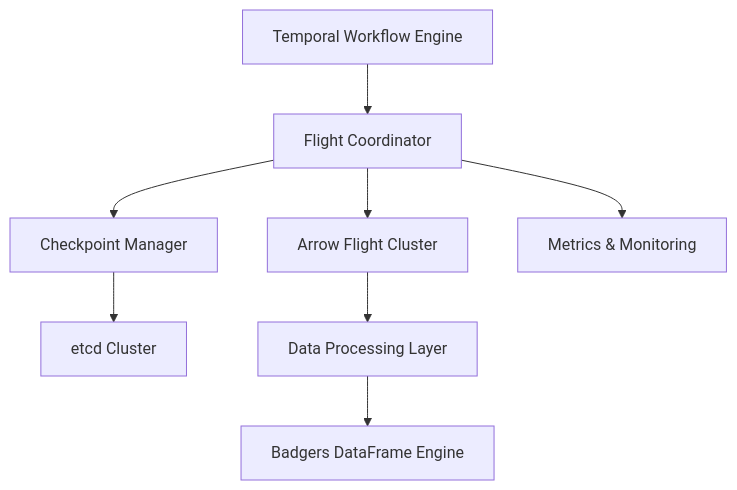
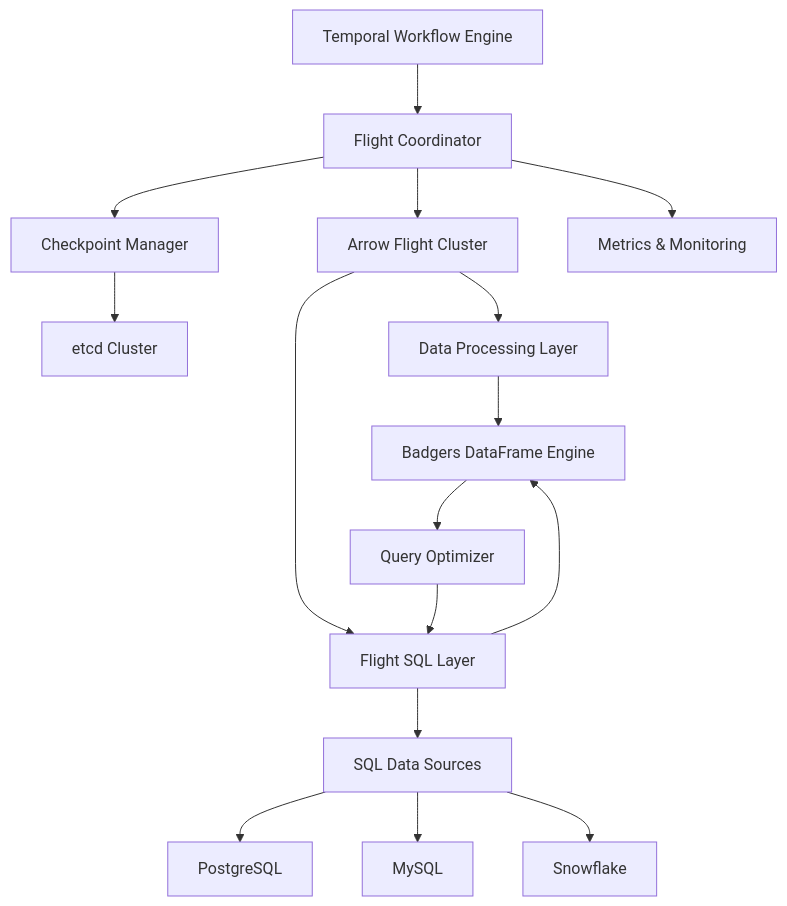
Before and after one commit to TFMV/temporal: the diagram in art/roadmap.md, drawn with Mermaid. The commit also changed other lines of this file and 1 other file, not shown here.

Commit message:
Add SQL Layer

````diff
--- a/art/roadmap.md
+++ b/art/roadmap.md
@@ -11,10 +12,23 @@
 ```mermaid
 graph TD
     A[Temporal Workflow Engine] --> B[Flight Coordinator]
     B --> C[Arrow Flight Cluster]
     B --> D[Checkpoint Manager]
     D --> E[etcd Cluster]
     C --> F[Data Processing Layer]
     F --> G[Badgers DataFrame Engine]
-    B --> H[Metrics & Monitoring]
+    
+    %% Flight SQL Integration
+    C --> H[Flight SQL Layer]
+    H --> I[SQL Data Sources]
+    I --> J[PostgreSQL]
+    I --> K[MySQL]
+    I --> L[Snowflake]
+    
+    %% Processing Components
+    H --> G
+    G --> M[Query Optimizer]
+    M --> H
+    
+    B --> N[Metrics & Monitoring]
 ```
````
